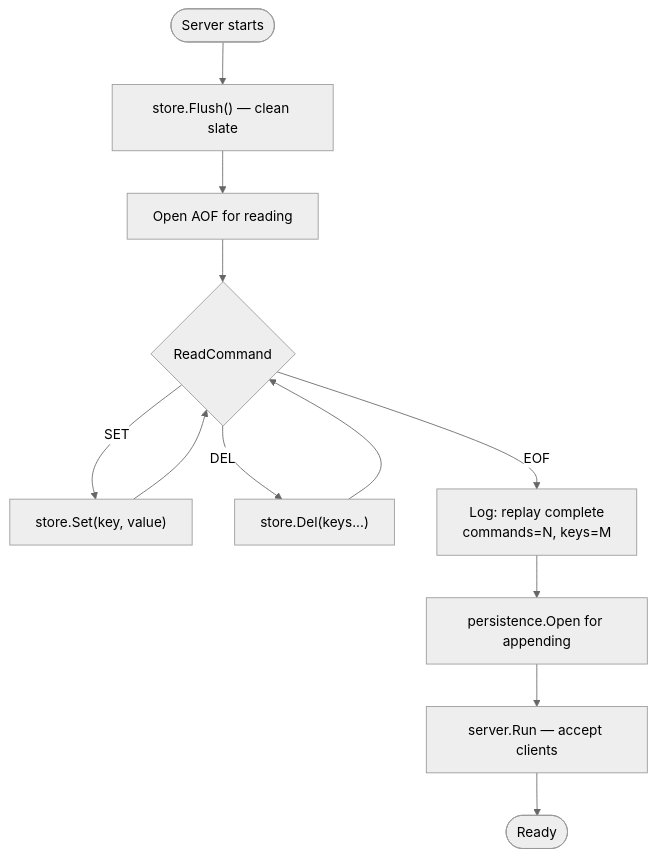
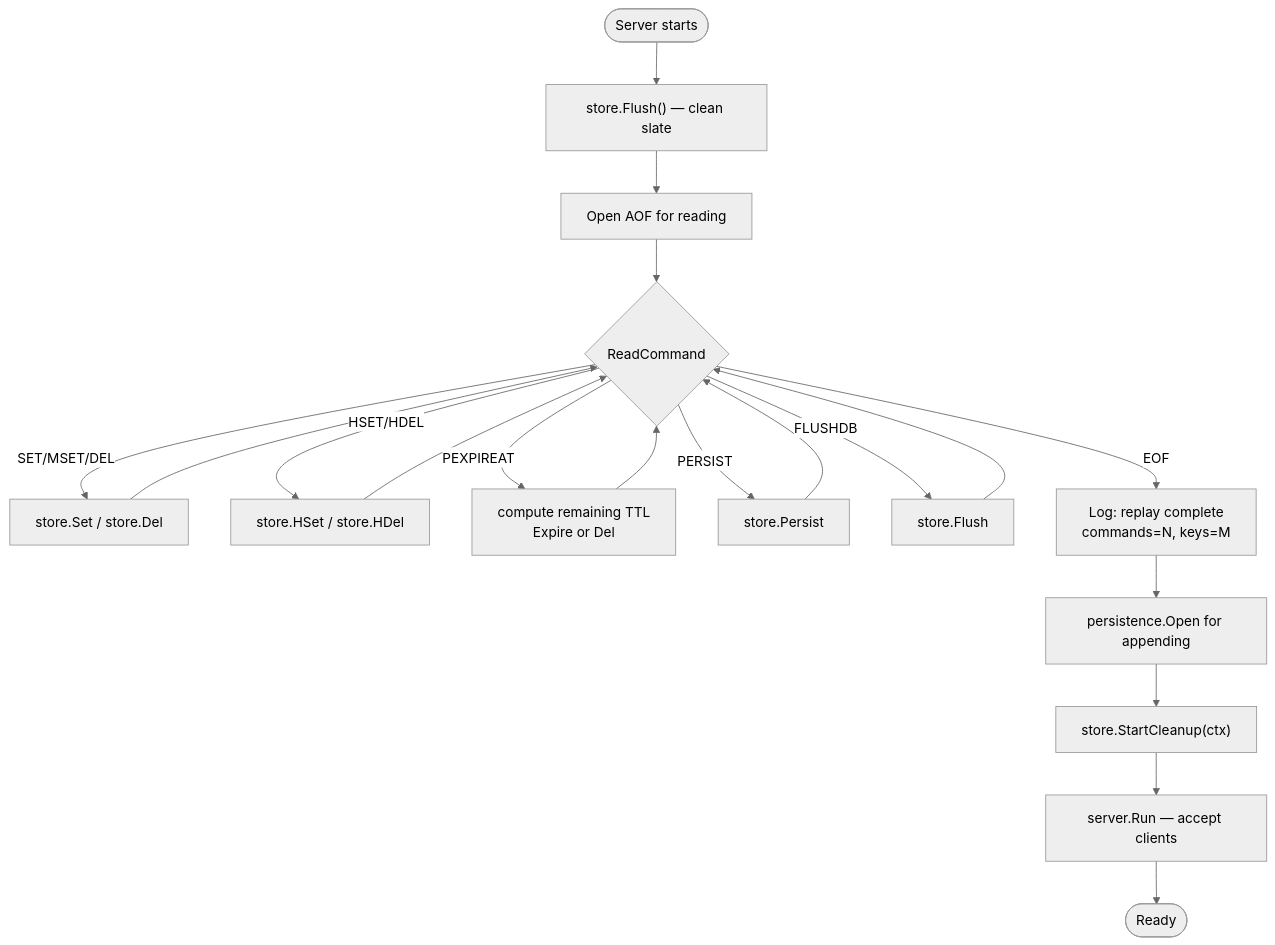
Before and after one commit to dovuthanhhien1609/go-redis: the second of 2 diagrams in docs/09-persistence-aof.md, drawn with Mermaid (neutral theme). The commit also changed other lines of this file and 20 other files, not shown here.

````diff
--- a/docs/09-persistence-aof.md
+++ b/docs/09-persistence-aof.md
@@ -112,14 +148,21 @@
 ```mermaid
 flowchart TD
     A([Server starts]) --> B["store.Flush() — clean slate"]
     B --> C["Open AOF for reading"]
     C --> D{ReadCommand}
-    D -->|SET| E["store.Set(key, value)"]
-    D -->|DEL| F["store.Del(keys...)"]
+    D -->|SET/MSET/DEL| E["store.Set / store.Del"]
+    D -->|HSET/HDEL| F["store.HSet / store.HDel"]
+    D -->|PEXPIREAT| P["compute remaining TTL\nExpire or Del"]
+    D -->|PERSIST| Q["store.Persist"]
+    D -->|FLUSHDB| R["store.Flush"]
     D -->|EOF| G["Log: replay complete\ncommands=N, keys=M"]
     E --> D
     F --> D
+    P --> D
+    Q --> D
+    R --> D
     G --> H["persistence.Open for appending"]
-    H --> I["server.Run — accept clients"]
-    I --> J([Ready])
+    H --> I["store.StartCleanup(ctx)"]
+    I --> J["server.Run — accept clients"]
+    J --> K([Ready])
 ```
````
